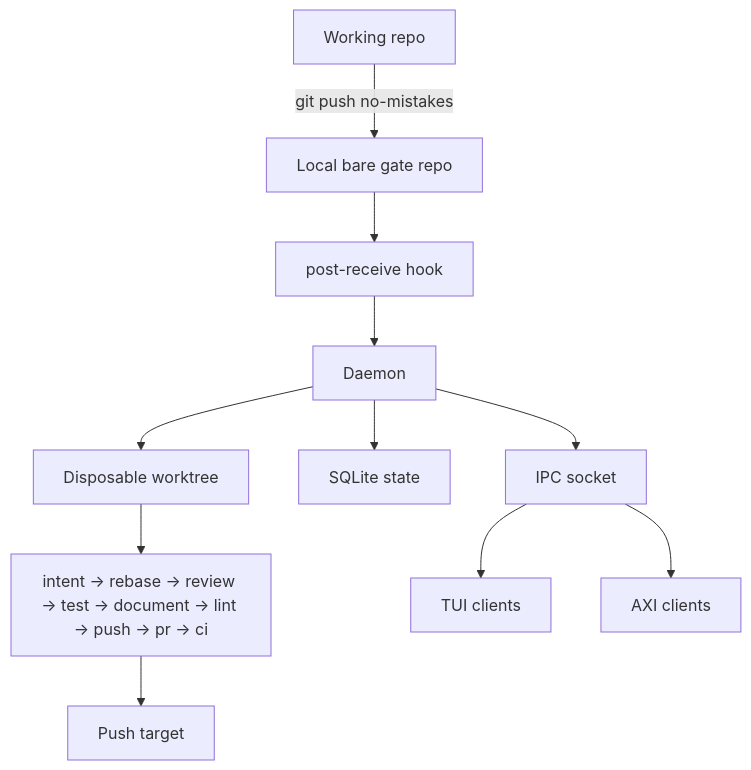
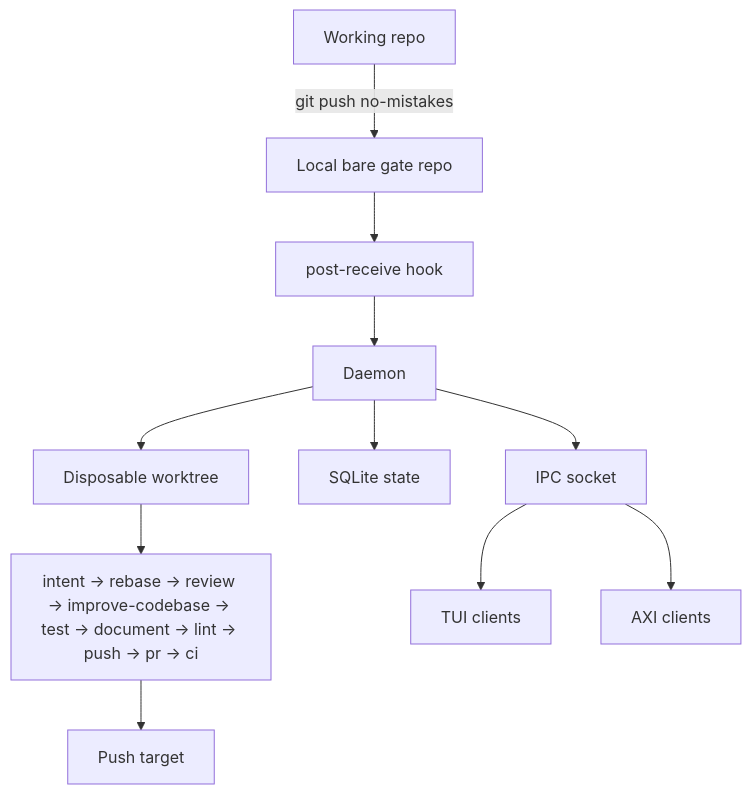
The diagram in docs/src/content/docs/concepts/gate-model.md (kunchenguid/no-mistakes), drawn with Mermaid before and after one commit. The commit also changed other lines of this file and 68 other files, not shown here.

Commit message:
feat(pipeline): add improve-codebase gate

````diff
--- a/docs/src/content/docs/concepts/gate-model.md
+++ b/docs/src/content/docs/concepts/gate-model.md
@@ -14,13 +14,13 @@
 ```mermaid
 flowchart TD
   repo["Working repo"] -->|"git push no-mistakes"| gate["Local bare gate repo"]
   gate --> hook["post-receive hook"]
   hook --> daemon["Daemon"]
   daemon --> worktree["Disposable worktree"]
-  worktree --> pipeline["intent -> rebase -> review -> test -> document -> lint -> push -> pr -> ci"]
+  worktree --> pipeline["intent -> rebase -> review -> improve-codebase -> test -> document -> lint -> push -> pr -> ci"]
   pipeline --> target["Push target"]
   daemon --> db["SQLite state"]
   daemon --> ipc["IPC socket"]
   ipc --> tui["TUI clients"]
   ipc --> axi["AXI clients"]
 ```
````
